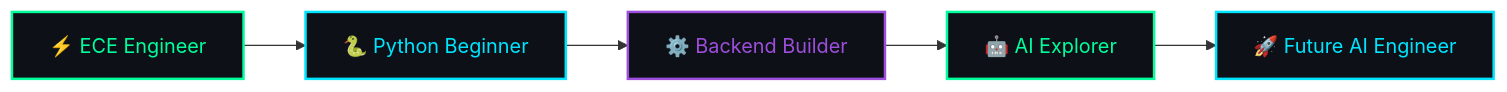
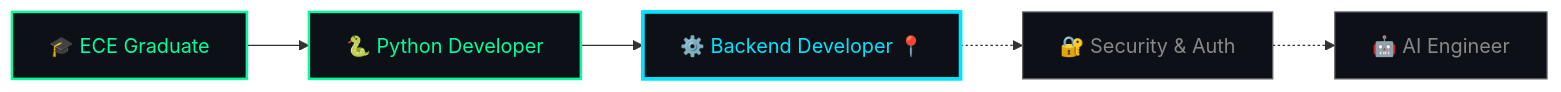
Before and after one commit to AboobakerSiddique/AboobakerSiddique: the diagram in README.md, drawn with Mermaid. The commit also changed other lines of this file, not shown here.

````diff
--- a/README.md
+++ b/README.md
@@ -87,13 +87,13 @@
 ```mermaid
 graph LR
-    A["⚡ ECE Engineer"] --> B["🐍 Python Beginner"]
-    B --> C["⚙️ Backend Builder"]
-    C --> D["🤖 AI Explorer"]
-    D --> E["🚀 Future AI Engineer"]
+    A["🎓 ECE Graduate"] --> B["🐍 Python Developer"]
+    B --> C["⚙️ Backend Developer 📍"]
+    C -.-> D["🔐 Security & Auth"]
+    D -.-> E["🤖 AI Engineer"]
 
     style A fill:#0D1117,stroke:#00FF9C,stroke-width:2px,color:#00FF9C
-    style B fill:#0D1117,stroke:#00E5FF,stroke-width:2px,color:#00E5FF
-    style C fill:#0D1117,stroke:#9D4EDD,stroke-width:2px,color:#9D4EDD
-    style D fill:#0D1117,stroke:#00FF9C,stroke-width:2px,color:#00FF9C
-    style E fill:#0D1117,stroke:#00E5FF,stroke-width:2px,color:#00E5FF
+    style B fill:#0D1117,stroke:#00FF9C,stroke-width:2px,color:#00FF9C
+    style C fill:#0D1117,stroke:#00E5FF,stroke-width:3px,color:#00E5FF
+    style D fill:#0D1117,stroke:#666666,stroke-width:1px,color:#888888
+    style E fill:#0D1117,stroke:#666666,stroke-width:1px,color:#888888
 ```
````
